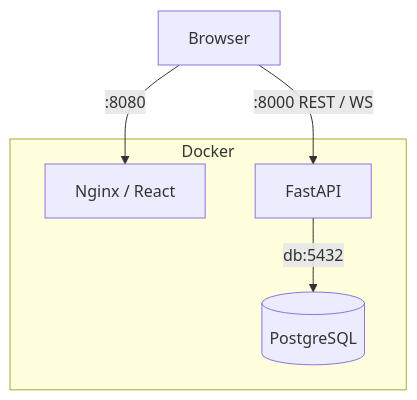
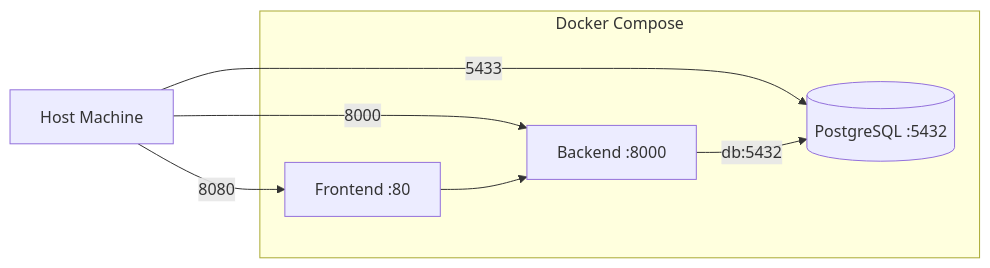
One commit to magliarozach-phntm/sensor-track-system changed the third of 3 diagrams in docs/architecture.md. Above: the diagram before and after it, drawn with Mermaid. The commit also changed other lines of this file and 1 other file, not shown here.

Commit message:
Update project documentation for tracking architecture

````diff
--- a/docs/architecture.md
+++ b/docs/architecture.md
@@ -1072,14 +722,17 @@
 ```mermaid
-flowchart TD
-    Browser[Browser]
+flowchart LR
+    HOST[Host Machine]
 
-    subgraph Docker
-        FE[Nginx / React]
-        API[FastAPI]
-        PG[(PostgreSQL)]
+    subgraph DOCKER[Docker Compose]
+        FRONTEND[Frontend :80]
+        BACKEND[Backend :8000]
+        DB[(PostgreSQL :5432)]
     end
 
-    Browser -->|:8080| FE
-    Browser -->|:8000 REST / WS| API
-    API -->|db:5432| PG
+    HOST -->|8080| FRONTEND
+    HOST -->|8000| BACKEND
+    HOST -->|5433| DB
+
+    FRONTEND --> BACKEND
+    BACKEND -->|db:5432| DB
 ```
````
